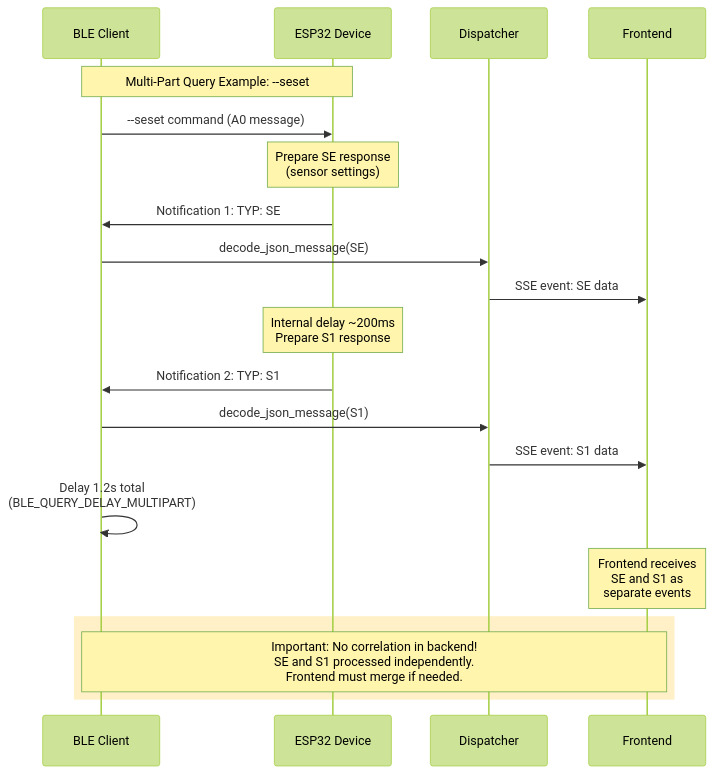
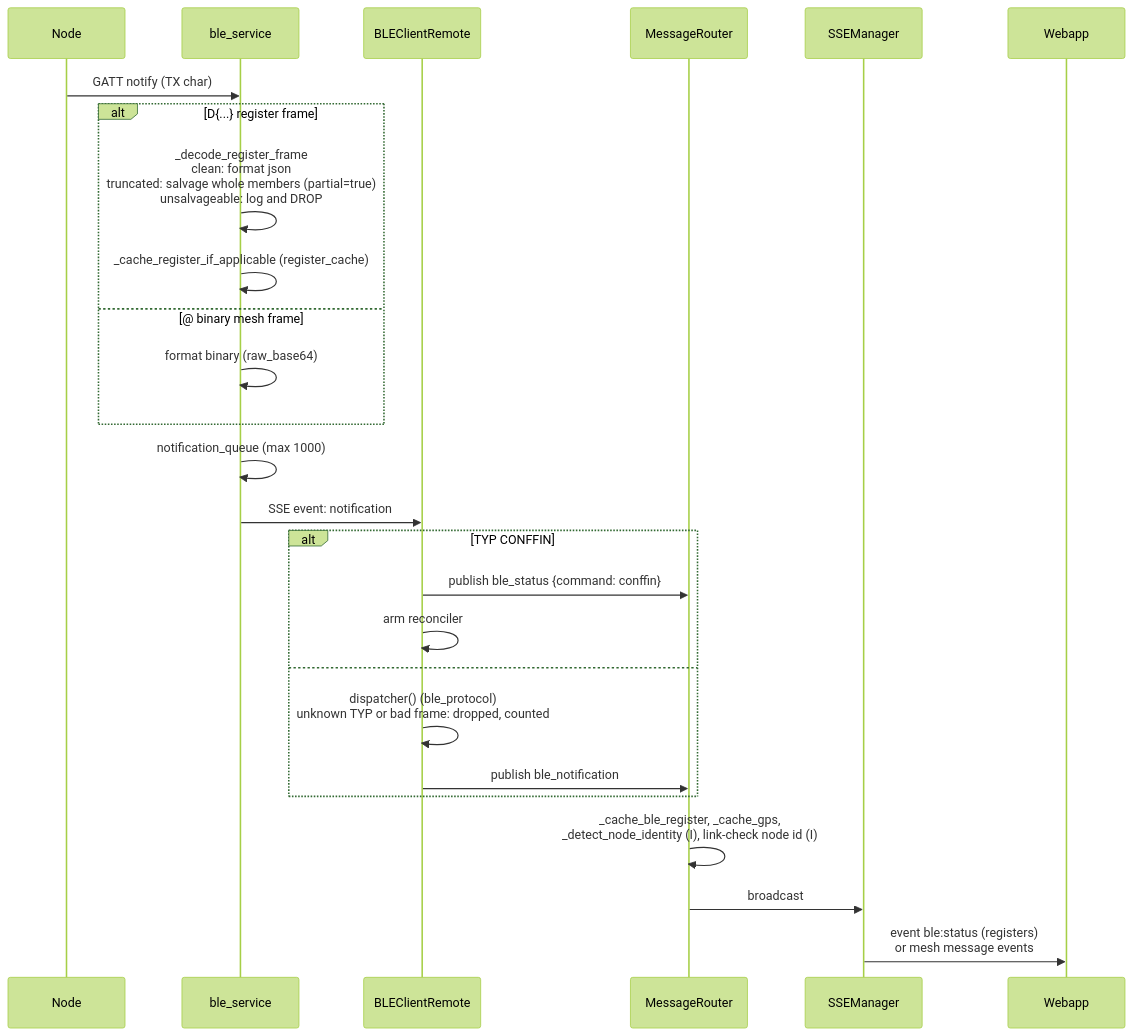
The seventh of 9 diagrams in doc/ble-state-machine.md (DK5EN/McApp), drawn with Mermaid (forest theme) before and after one commit. The commit also changed other lines of this file and 1 other file, not shown here.

First line of the commit message:
[docs] Rewrite ble-state-machine.md for the ble_service architecture

````diff
--- a/doc/ble-state-machine.md
+++ b/doc/ble-state-machine.md
@@ -270,30 +292,29 @@
 ```mermaid
 sequenceDiagram
-    participant Client as BLE Client
-    participant Device as ESP32 Device
-    participant Dispatcher
-    participant Frontend
+    participant Node
+    participant Svc as ble_service
+    participant Client as BLEClientRemote
+    participant Router as MessageRouter
+    participant SSE as SSEManager
+    participant Webapp
 
-    Note over Client,Device: Multi-Part Query Example: --seset
-
-    Client->>Device: --seset command (A0 message)
-
-    Note over Device: Prepare SE response<br/>(sensor settings)
-    Device->>Client: Notification 1: TYP: SE
-    Client->>Dispatcher: decode_json_message(SE)
-    Dispatcher->>Frontend: SSE event: SE data
-
-    Note over Device: Internal delay ~200ms<br/>Prepare S1 response
-
-    Device->>Client: Notification 2: TYP: S1
-    Client->>Dispatcher: decode_json_message(S1)
-    Dispatcher->>Frontend: SSE event: S1 data
-
-    Client->>Client: Delay 1.2s total<br/>(BLE_QUERY_DELAY_MULTIPART)
-
-    Note over Frontend: Frontend receives<br/>SE and S1 as<br/>separate events
-
-    rect rgb(255, 240, 200)
-    Note over Client,Frontend: Important: No correlation in backend!<br/>SE and S1 processed independently.<br/>Frontend must merge if needed.
+    Node->>Svc: GATT notify (TX char)
+    alt D{...} register frame
+        Svc->>Svc: _decode_register_frame<br/>clean: format json<br/>truncated: salvage whole members (partial=true)<br/>unsalvageable: log and DROP
+        Svc->>Svc: _cache_register_if_applicable (register_cache)
+    else @ binary mesh frame
+        Svc->>Svc: format binary (raw_base64)
     end
+    Svc->>Svc: notification_queue (max 1000)
+    Svc->>Client: SSE event: notification
+    alt TYP CONFFIN
+        Client->>Router: publish ble_status {command: conffin}
+        Client->>Client: arm reconciler
+    else
+        Client->>Client: dispatcher() (ble_protocol)<br/>unknown TYP or bad frame: dropped, counted
+        Client->>Router: publish ble_notification
+    end
+    Router->>Router: _cache_ble_register, _cache_gps,<br/>_detect_node_identity (I), link-check node id (I)
+    Router->>SSE: broadcast
+    SSE->>Webapp: event ble:status (registers)<br/>or mesh message events
 ```
````
